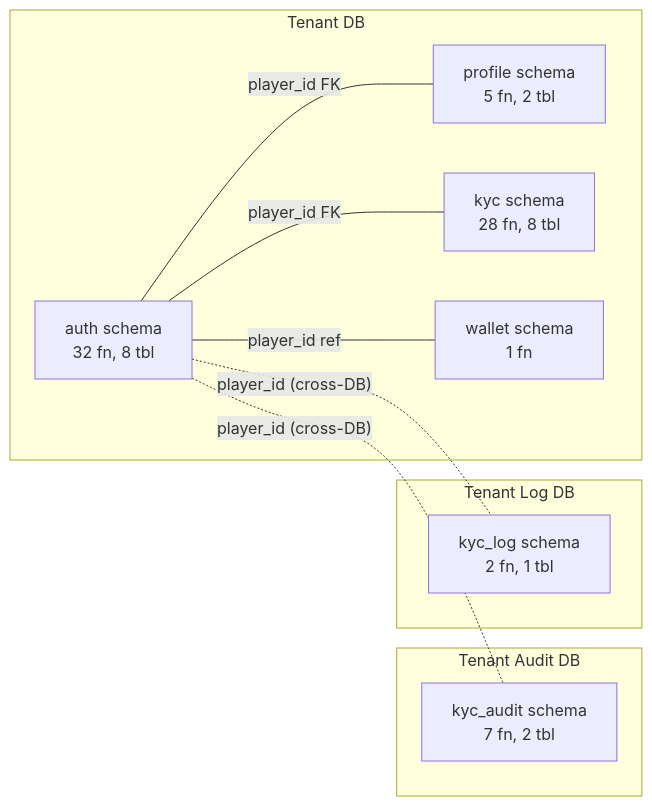
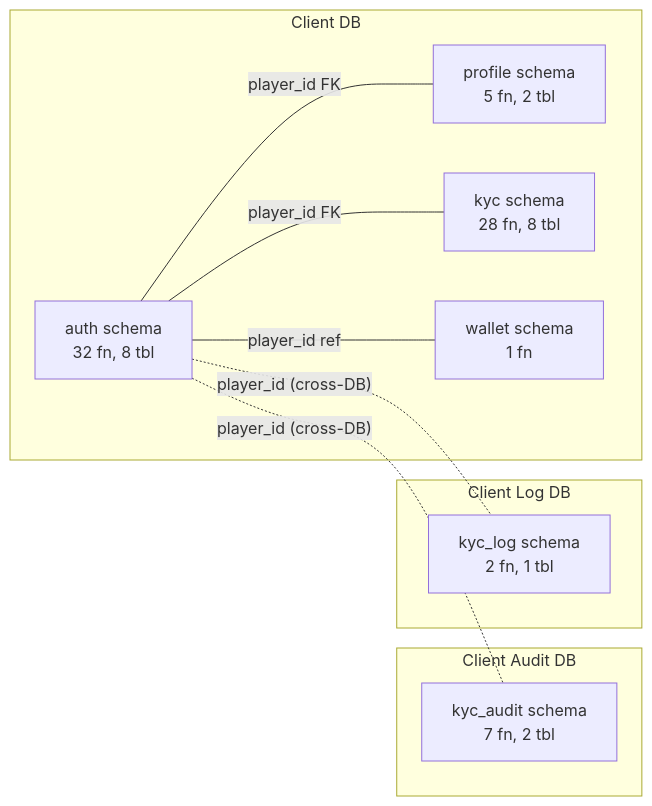
One commit to frhtshn/One.DB changed the first of 4 diagrams in .docs/guides/SPEC_PLAYER_AUTH_KYC.md. Above: the diagram before and after it, drawn with Mermaid. The commit also changed other lines of this file and 442 other files, not shown here.

First line of the commit message:
Nucleo → Sortis One ve tenant → client içerik güncellemeleri

````diff
--- a/.docs/guides/SPEC_PLAYER_AUTH_KYC.md
+++ b/.docs/guides/SPEC_PLAYER_AUTH_KYC.md
@@ -42,23 +42,23 @@
 ```mermaid
 flowchart LR
-    subgraph tenant["Tenant DB"]
+    subgraph client["Client DB"]
         AUTH[auth schema<br/>32 fn, 8 tbl]
         PROF[profile schema<br/>5 fn, 2 tbl]
         KYC[kyc schema<br/>28 fn, 8 tbl]
         WAL[wallet schema<br/>1 fn]
     end
 
-    subgraph audit["Tenant Audit DB"]
+    subgraph audit["Client Audit DB"]
         KAUD[kyc_audit schema<br/>7 fn, 2 tbl]
     end
 
-    subgraph log["Tenant Log DB"]
+    subgraph log["Client Log DB"]
         KLOG[kyc_log schema<br/>2 fn, 1 tbl]
     end
 
     AUTH ---|"player_id FK"| PROF
     AUTH ---|"player_id FK"| KYC
     AUTH ---|"player_id ref"| WAL
     AUTH -.-|"player_id (cross-DB)"| KAUD
     AUTH -.-|"player_id (cross-DB)"| KLOG
 ```
````
